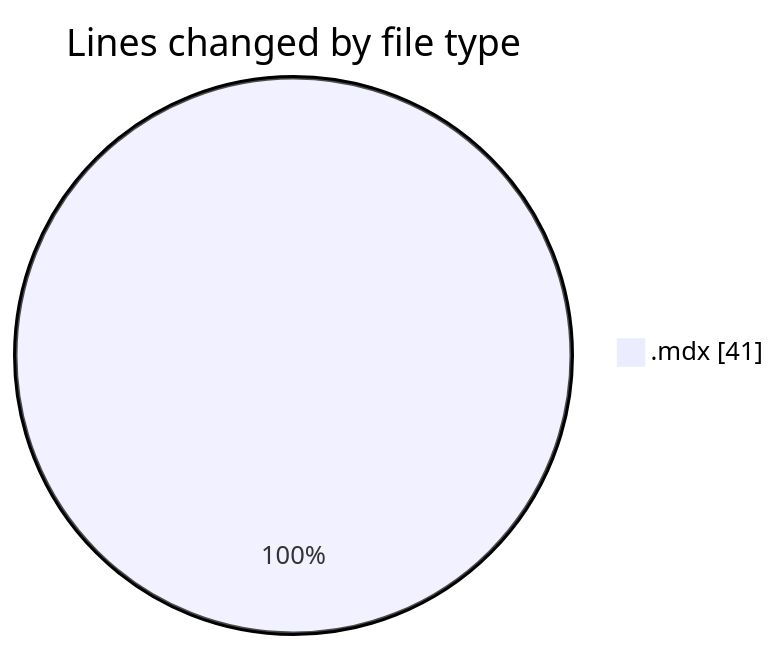
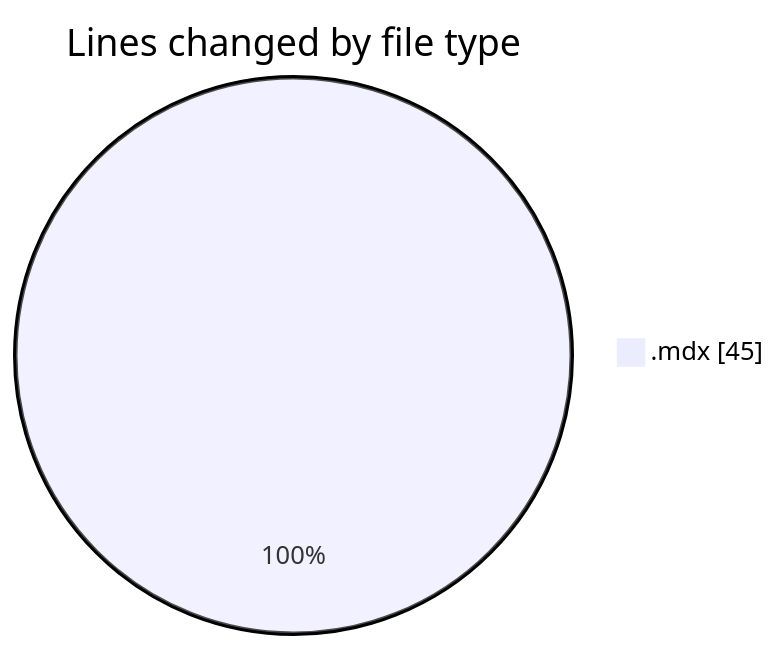
The first of 2 diagrams in 2026-08-13/cda/README.md (momahboobian/code-tracking), drawn with Mermaid before and after one commit. The commit also changed other lines of this file and 1 other file, not shown here.

````diff
--- a/2026-08-13/cda/README.md
+++ b/2026-08-13/cda/README.md
@@ -20,5 +20,5 @@
 ```mermaid
 pie showData
 title Lines changed by file type
-".mdx" : 41
+".mdx" : 45
 ```
````
